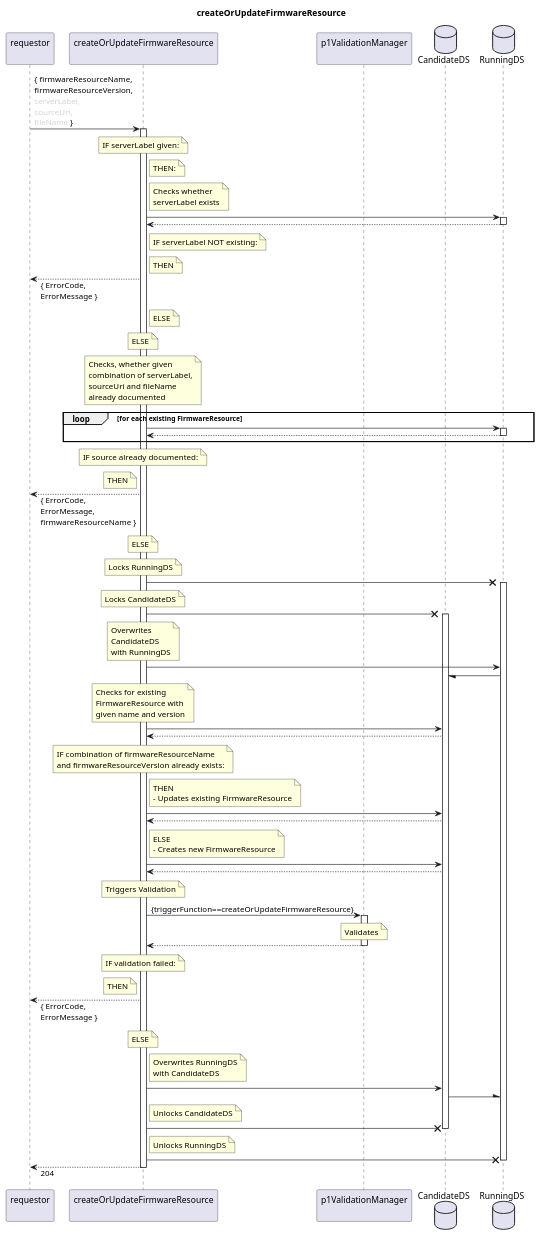
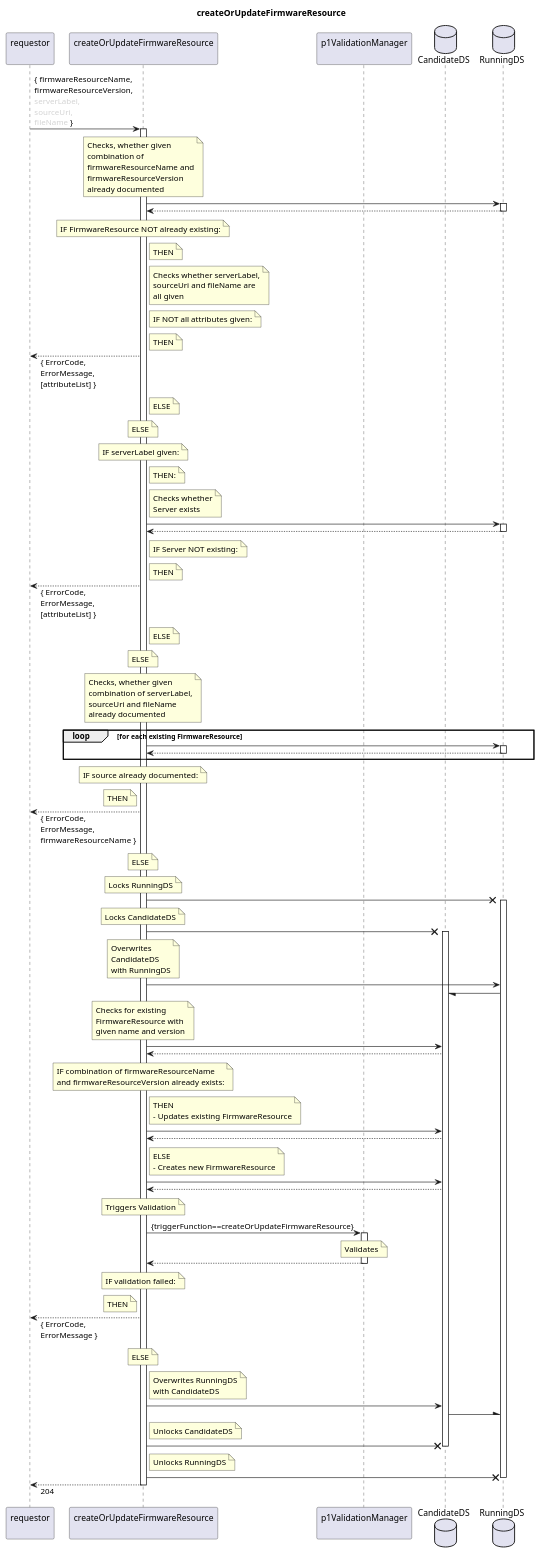
Before and after one commit to openBackhaul/FirmWareManager: the diagram in spec/Services/createOrUpdateFirmwareResource/1.0.0/createOrUpdateFirmwareResource.plantuml, drawn with PlantUML. The commit also changed 19 other files, not shown here.

```diff
--- a/spec/Services/createOrUpdateFirmwareResource/1.0.0/createOrUpdateFirmwareResource.plantuml
+++ b/spec/Services/createOrUpdateFirmwareResource/1.0.0/createOrUpdateFirmwareResource.plantuml
@@ -1,152 +1,188 @@
 @startuml createOrUpdateFirmwareResource
 skinparam responseMessageBelowArrow true
 
 title
   createOrUpdateFirmwareResource
 end title
 
 participant "requestor\n" as requestor
 participant "createOrUpdateFirmwareResource\n" as couFWR
 participant "p1ValidationManager\n" as valiMan
 database "CandidateDS" as CanDS
 database "RunningDS" as RunDS
 
 requestor -> couFWR: { firmwareResourceName,\nfirmwareResourceVersion,\n<color:LightGray>serverLabel,\n<color:LightGray>sourceUri,\n<color:LightGray>fileName</color> }
 activate couFWR
 
   note over couFWR
+    Checks, whether given
+    combination of
+    firmwareResourceName and
+    firmwareResourceVersion
+    already documented
+  end note
+  couFWR -> RunDS
+  activate RunDS
+  couFWR <-- RunDS
+  deactivate RunDS
+  note over couFWR
+    IF FirmwareResource NOT already existing:
+  end note
+  note right couFWR
+    THEN
+  end note
+  note right couFWR
+    Checks whether serverLabel,
+    sourceUri and fileName are
+    all given
+  end note
+  note right couFWR
+    IF NOT all attributes given:
+  end note
+  note right couFWR
+    THEN
+  end note
+  requestor <-- couFWR: { ErrorCode,\nErrorMessage,\n[attributeList] }
+  note right couFWR
+    ELSE
+  end note
+  note over couFWR
+    ELSE
+  end note
+
+  note over couFWR
     IF serverLabel given:
   end note
   note right couFWR
     THEN:
   end note
   note right couFWR
     Checks whether
-    serverLabel exists
+    Server exists
   end note
   couFWR -> RunDS
   activate RunDS
   couFWR <-- RunDS
   deactivate RunDS
   note right couFWR
-    IF serverLabel NOT existing:
+    IF Server NOT existing:
   end note
   note right couFWR
     THEN
   end note
-  requestor <-- couFWR: { ErrorCode,\nErrorMessage }
+  requestor <-- couFWR: { ErrorCode,\nErrorMessage,\n[attributeList] }
   note right couFWR
     ELSE
   end note
   note over couFWR
     ELSE
   end note
 
   note over couFWR
     Checks, whether given
     combination of serverLabel,
     sourceUri and fileName
     already documented
   end note
   loop for each existing FirmwareResource
     couFWR -> RunDS
     activate RunDS
     couFWR <-- RunDS
     deactivate RunDS
   end loop
   note over couFWR
     IF source already documented:
   end note
   note left couFWR
     THEN
   end note
   requestor <-- couFWR: { ErrorCode,\nErrorMessage,\nfirmwareResourceName }
   note over couFWR
     ELSE
   end note
 
   note over couFWR
     Locks RunningDS
   end note
   couFWR -X RunDS
   activate RunDS
   note over couFWR
     Locks CandidateDS
   end note
   couFWR -X CanDS
   activate CanDS
   note over couFWR
     Overwrites
     CandidateDS
     with RunningDS
   end note
   couFWR -> RunDS
   RunDS -/ CanDS
 
   note over couFWR
     Checks for existing
     FirmwareResource with
     given name and version
   end note
   couFWR -> CanDS
   couFWR <-- CanDS
   note over couFWR
     IF combination of firmwareResourceName
     and firmwareResourceVersion already exists:
   end note
   note right couFWR
     THEN
     - Updates existing FirmwareResource
   end note
   couFWR -> CanDS
   couFWR <-- CanDS
   note right couFWR
     ELSE
     - Creates new FirmwareResource
   end note
   couFWR -> CanDS
   couFWR <-- CanDS
 
   note over couFWR
     Triggers Validation
   end note
   couFWR -> valiMan: {triggerFunction==createOrUpdateFirmwareResource}
   activate valiMan
     note over valiMan
       Validates
     end note
   couFWR <-- valiMan
   deactivate valiMan
   note over couFWR
     IF validation failed:
   end note
   note left couFWR
     THEN
   end note
   requestor <-- couFWR: { ErrorCode,\nErrorMessage }
   note over couFWR
     ELSE
   end note
 
   note right couFWR
     Overwrites RunningDS
     with CandidateDS
   end note
   couFWR -> CanDS
   CanDS -\ RunDS
   note right couFWR
     Unlocks CandidateDS
   end note
   couFWR -X CanDS
   deactivate CanDS
   note right couFWR
     Unlocks RunningDS
   end note
   couFWR -X RunDS
   deactivate RunDS
 
   requestor <-- couFWR: 204
 
 deactivate couFWR
 
 @enduml
```
